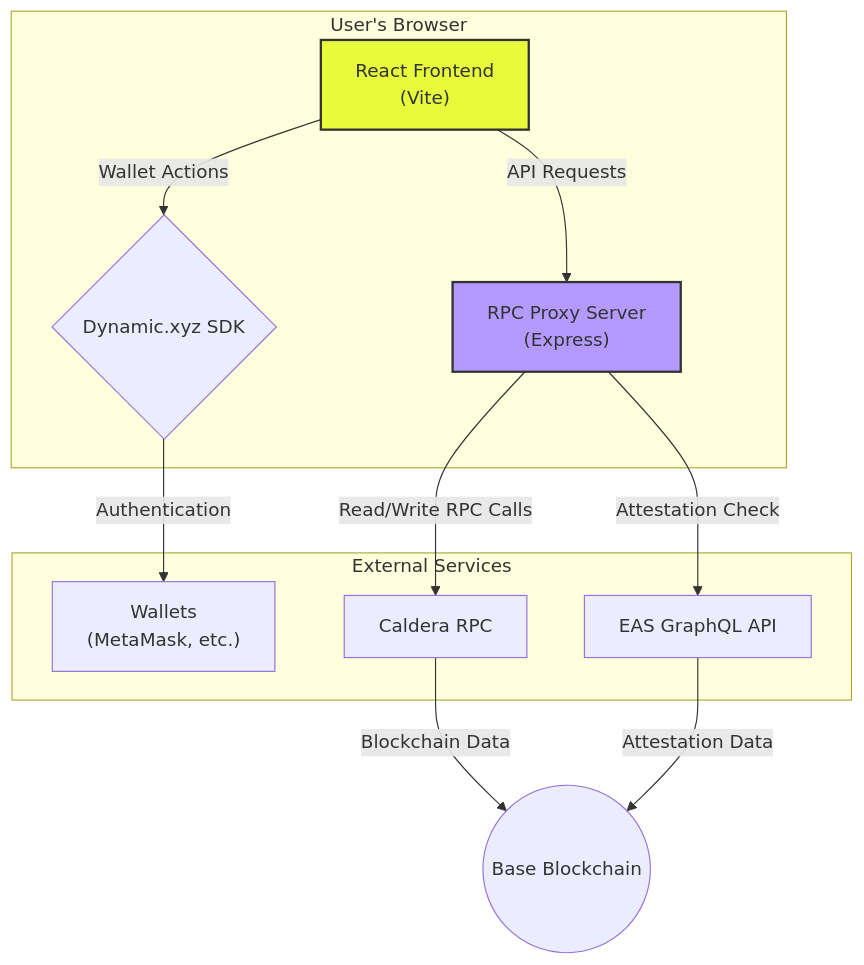
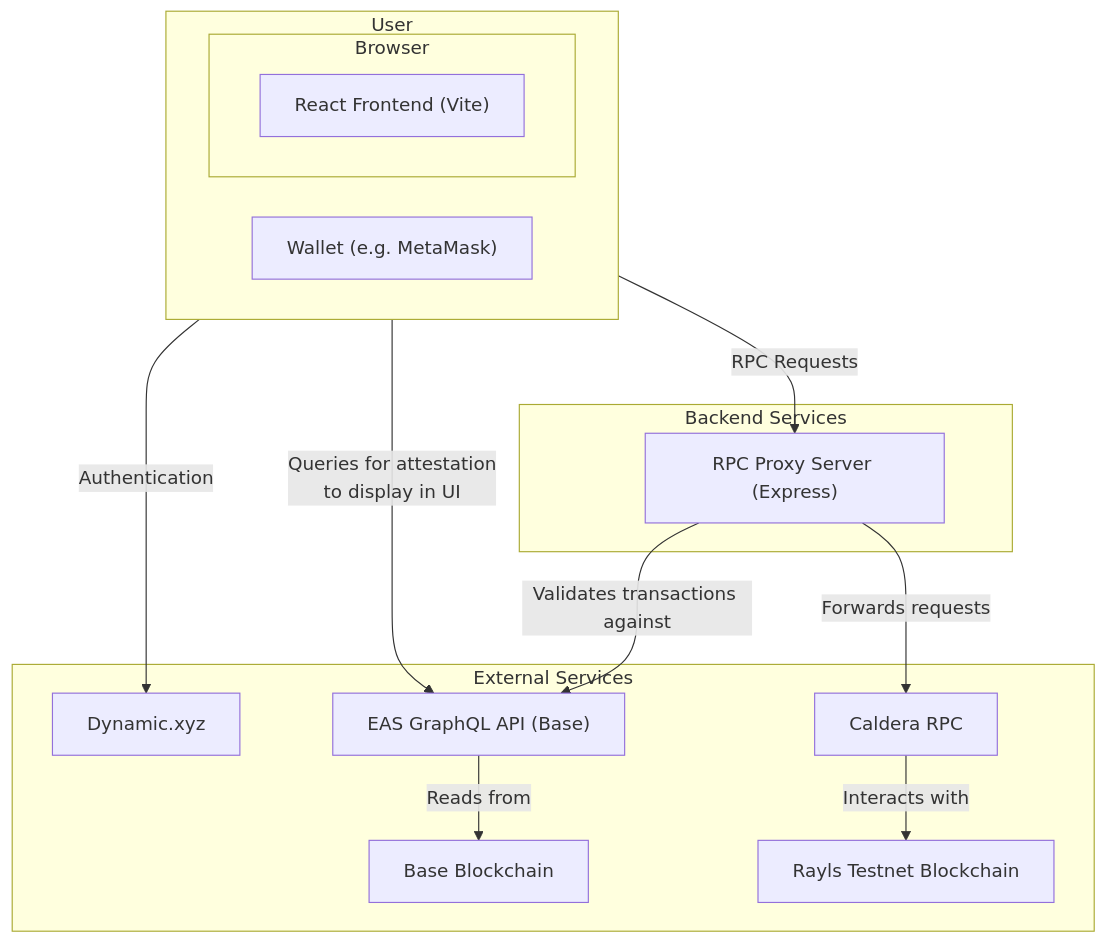
The diagram in README.md (AlexJupiter/rayls-dapp), drawn with Mermaid before and after one commit. The commit also changed other lines of this file, not shown here.

Commit message:
Changes to tech diagram

````diff
--- a/README.md
+++ b/README.md
@@ -16,19 +16,30 @@
 ```mermaid
 graph TD
-    subgraph "User's Browser"
-        A["React Frontend <br> (Vite)"] -- "Wallet Actions" --> B{"Dynamic.xyz SDK"};
-        A -- "API Requests" --> C["RPC Proxy Server <br> (Express)"];
+    subgraph "User"
+        direction LR
+        subgraph "Browser"
+            A["React Frontend (Vite)"]
+        end
+        H["Wallet (e.g. MetaMask)"]
+    end
+
+    subgraph "Backend Services"
+        B["RPC Proxy Server (Express)"]
     end
 
     subgraph "External Services"
-        B -- "Authentication" --> D["Wallets <br> (MetaMask, etc.)"];
-        C -- "Read/Write RPC Calls" --> E["Caldera RPC"];
-        C -- "Attestation Check" --> F["EAS GraphQL API"];
+        C["Dynamic.xyz"]
+        D["Caldera RPC"]
+        E["EAS GraphQL API (Base)"]
+        F["Base Blockchain"]
+        G["Rayls Testnet Blockchain"]
     end
 
-    E -- "Blockchain Data" --> G(("Base Blockchain"));
-    F -- "Attestation Data" --> G;
-
-    style A fill:#e7fb3c,stroke:#333,stroke-width:2px;
-    style C fill:#b49aff,stroke:#333,stroke-width:2px;
+    A -- "Authentication" --> C;
+    A -- "Queries for attestation<br/>to display in UI" --> E;
+    H -- "RPC Requests" --> B;
+    B -- "Forwards requests" --> D;
+    D -- "Interacts with" --> G;
+    B -- "Validates transactions against" --> E;
+    E -- "Reads from" --> F;
 ```
````
